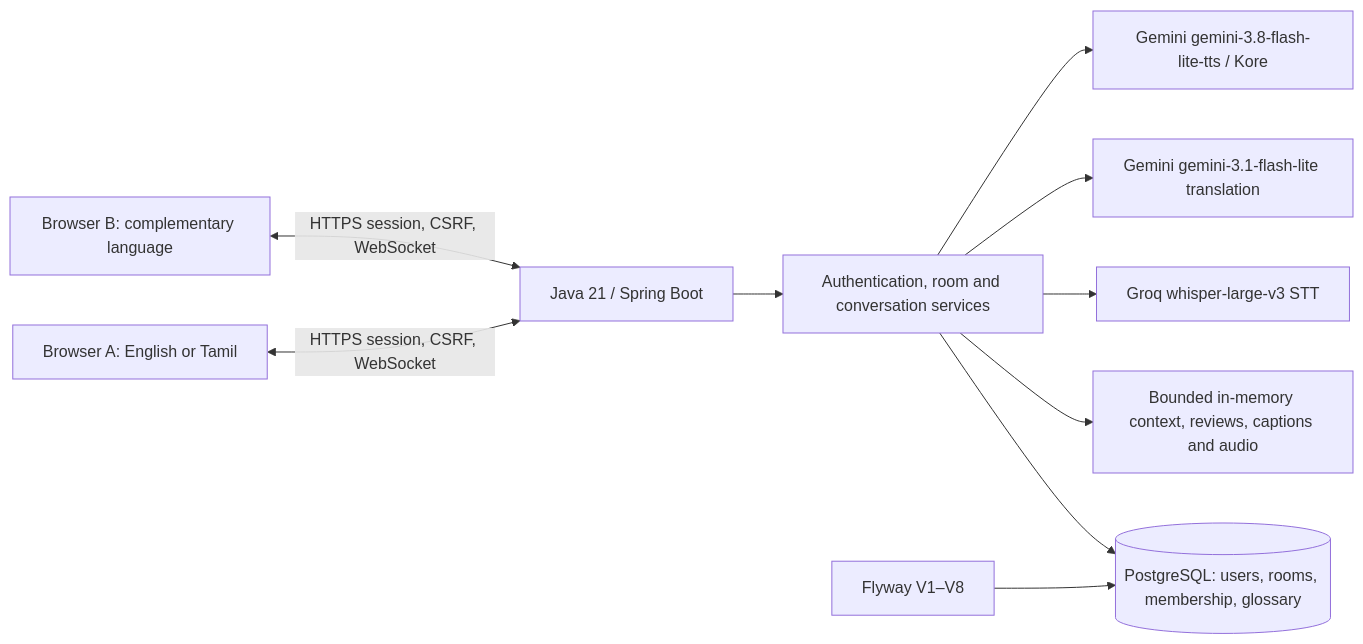
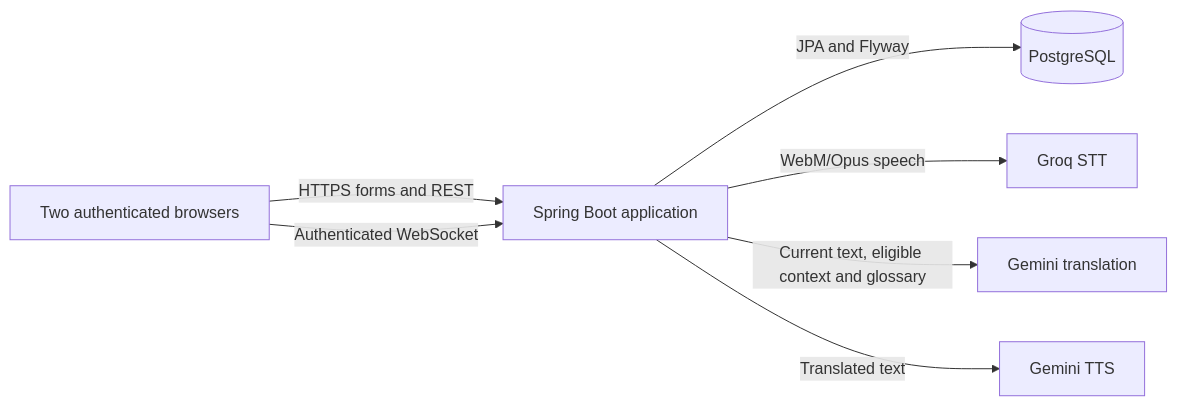
One commit to mahroosdev/VoiceLink changed the diagram in docs/ARCHITECTURE.md. Above: the diagram before and after it, drawn with Mermaid. The commit also changed other lines of this file and 36 other files, not shown here.

````diff
--- a/docs/ARCHITECTURE.md
+++ b/docs/ARCHITECTURE.md
@@ -5,12 +7,9 @@
 ```mermaid
 flowchart LR
-    A[Browser A: English or Tamil] <-->|HTTPS session, CSRF, WebSocket| S[Java 21 / Spring Boot]
-    B[Browser B: complementary language] <-->|HTTPS session, CSRF, WebSocket| S
-    S --> R[Authentication, room and conversation services]
-    R --> P[(PostgreSQL: users, rooms, membership, glossary)]
-    F[Flyway V1–V8] --> P
-    R --> M[Bounded in-memory context, reviews, captions and audio]
-    R --> G[Groq whisper-large-v3 STT]
-    R --> T[Gemini gemini-3.1-flash-lite translation]
-    R --> V[Gemini gemini-3.8-flash-lite-tts / Kore]
+  B[Two authenticated browsers] -->|HTTPS forms and REST| S[Spring Boot application]
+  B -->|Authenticated WebSocket| S
+  S -->|JPA and Flyway| P[(PostgreSQL)]
+  S -->|WebM/Opus speech| G[Groq STT]
+  S -->|Current text, eligible context and glossary| T[Gemini translation]
+  S -->|Translated text| V[Gemini TTS]
 ```
````
